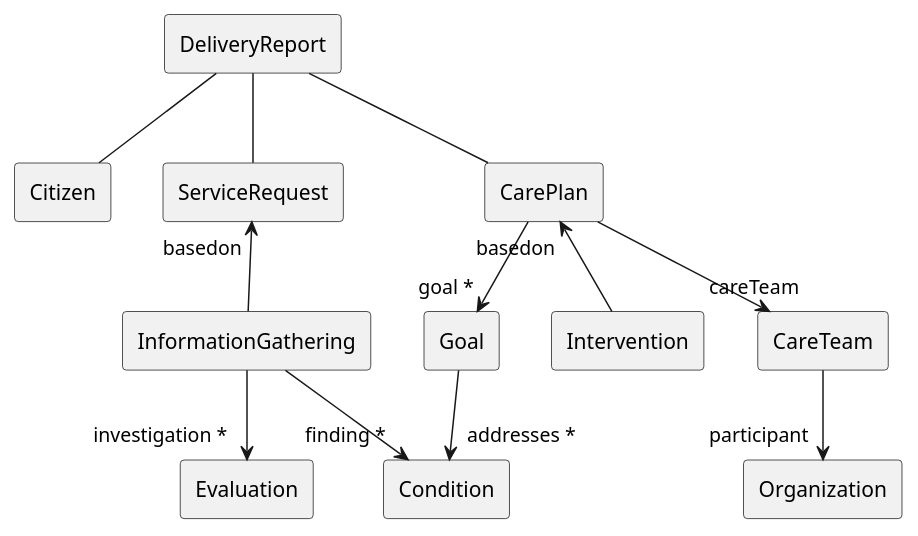
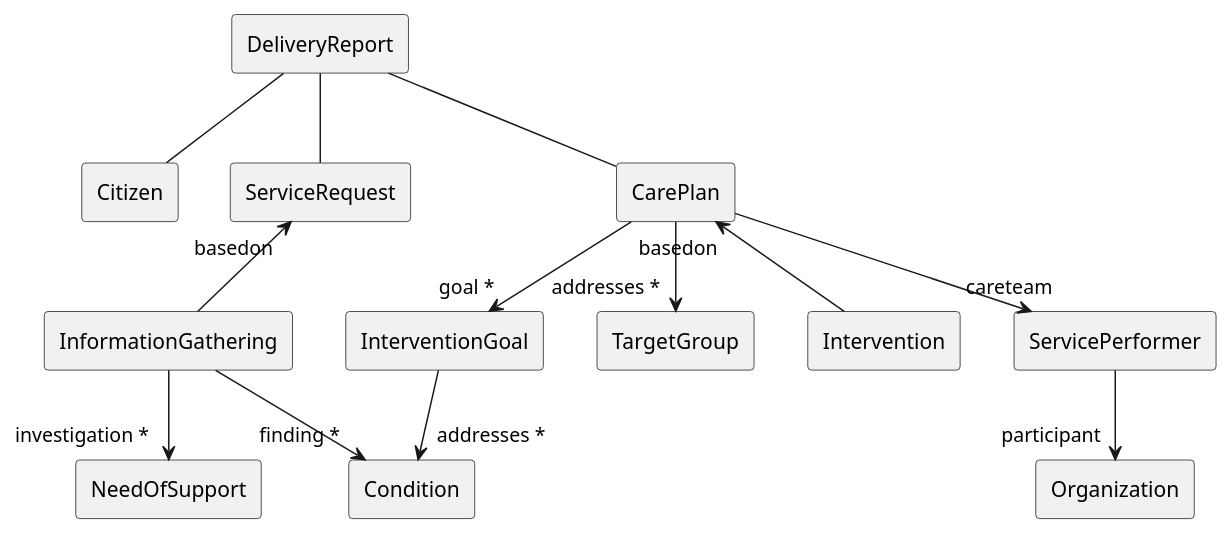
The diagram in input/images-sources/KLReportingFFBDeliveryReport.plantuml (hl7dk/kl-ffb-reporting), drawn with PlantUML before and after one commit. The commit also changed 16 other files, not shown here.

```diff
--- a/input/images-sources/KLReportingFFBDeliveryReport.plantuml
+++ b/input/images-sources/KLReportingFFBDeliveryReport.plantuml
@@ -1,31 +1,34 @@
 @startuml DeliveryReport
 
 rectangle "DeliveryReport" as report
 
 rectangle "Citizen" as citizen
 rectangle "ServiceRequest" as request
 rectangle "CarePlan" as careplan
+
 rectangle "InformationGathering" as information
+rectangle "InterventionGoal" as goal
+rectangle "TargetGroup" as targetgroup
+rectangle "Intervention" as intervention
+rectangle "ServicePerformer" as team
 
+rectangle "NeedOfSupport" as evaluation
 rectangle "Condition" as condition
-rectangle "Evaluation" as evaluation
-rectangle "Goal" as goal
-rectangle "Intervention" as intervention
-rectangle "CareTeam" as team
 rectangle "Organization" as organization
 
 report -- citizen
 report -- request
 report -- careplan
 
 request "basedon"<-- information
 careplan -->"goal *" goal
+careplan -->"addresses *" targetgroup
 careplan "basedon"<-- intervention
-careplan -->"careTeam" team
+careplan -->"careteam" team
 team -->"participant" organization
 
 information -->"finding *" condition
 information -->"investigation *" evaluation
 goal -->"addresses *" condition
 
 @enduml
```
